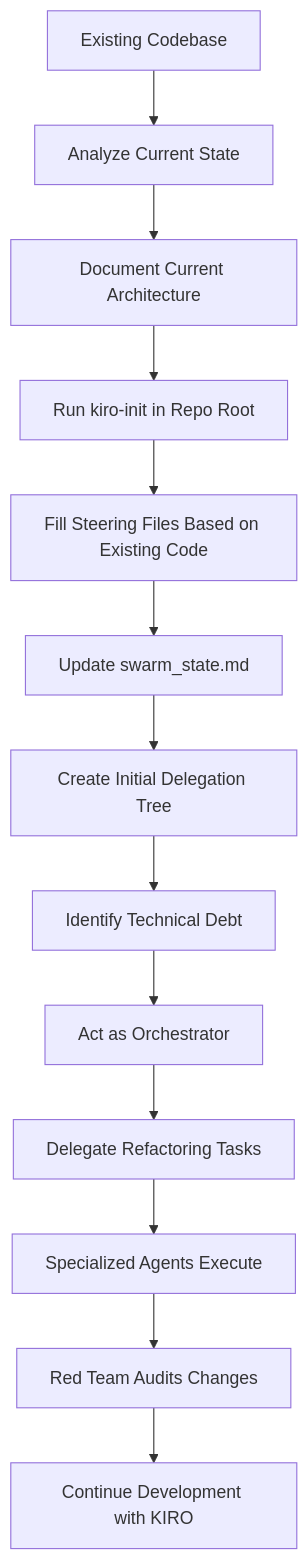
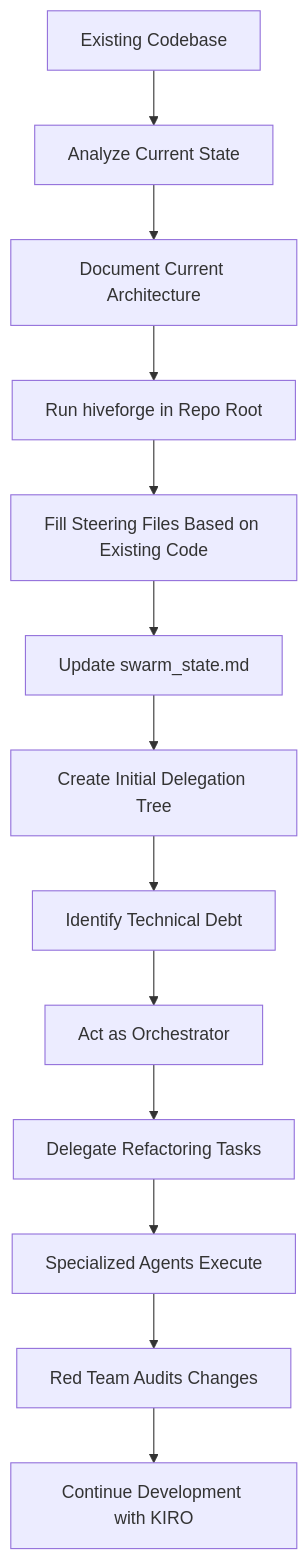
Before and after one commit to asoshnin/HiveForge: the third of 4 diagrams in WORKFLOW.md, drawn with Mermaid. The commit also changed other lines of this file and 75 other files, not shown here.

````diff
--- a/WORKFLOW.md
+++ b/WORKFLOW.md
@@ -260,15 +260,15 @@
 ```mermaid
 graph TD
     A[Existing Codebase] --> B[Analyze Current State]
     B --> C[Document Current Architecture]
-    C --> D[Run kiro-init in Repo Root]
+    C --> D[Run hiveforge in Repo Root]
     D --> E[Fill Steering Files Based on Existing Code]
     E --> F[Update swarm_state.md]
     F --> G[Create Initial Delegation Tree]
     G --> H[Identify Technical Debt]
     H --> I[Act as Orchestrator]
     I --> J[Delegate Refactoring Tasks]
     J --> K[Specialized Agents Execute]
     K --> L[Red Team Audits Changes]
     L --> M[Continue Development with KIRO]
 ```
````
